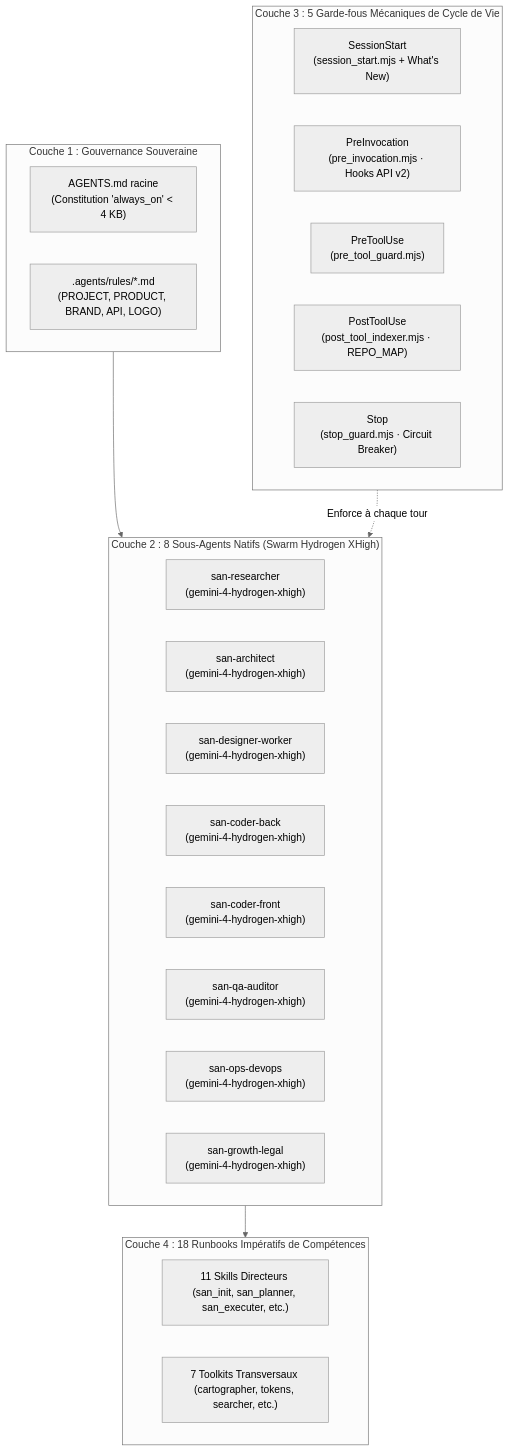
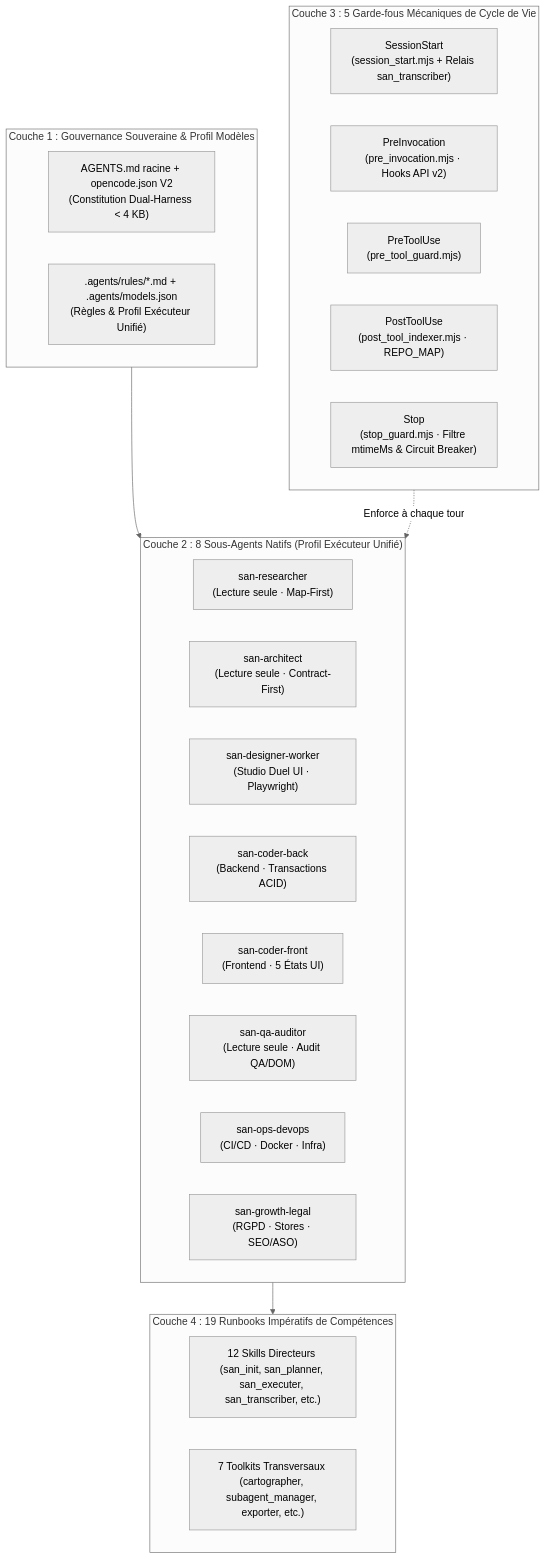
Before and after one commit to alexsan-dev/san_agy_framework: the first of 2 diagrams in README.md, drawn with Mermaid (neutral theme). The commit also changed other lines of this file and 69 other files, not shown here.

Commit message:
release(v2.2.0): dual-harness Antigravity + OpenCode V2, models CLI, san_transcriber & cognitive unshackling

````diff
--- a/README.md
+++ b/README.md
@@ -35,35 +46,35 @@
 ```mermaid
 flowchart TD
-    subgraph L1["Couche 1 : Gouvernance Souveraine"]
-        C1A["AGENTS.md racine<br/>(Constitution 'always_on' < 4 KB)"]
-        C1B[".agents/rules/*.md<br/>(PROJECT, PRODUCT, BRAND, API, LOGO)"]
+    subgraph L1["Couche 1 : Gouvernance Souveraine & Profil Modèles"]
+        C1A["AGENTS.md racine + opencode.json V2<br/>(Constitution Dual-Harness < 4 KB)"]
+        C1B[".agents/rules/*.md + .agents/models.json<br/>(Règles & Profil Exécuteur Unifié)"]
     end
 
-    subgraph L2["Couche 2 : 8 Sous-Agents Natifs (Swarm Hydrogen XHigh)"]
-        C2A["san-researcher<br/>(gemini-4-hydrogen-xhigh)"]
-        C2B["san-architect<br/>(gemini-4-hydrogen-xhigh)"]
-        C2C["san-designer-worker<br/>(gemini-4-hydrogen-xhigh)"]
-        C2D["san-coder-back<br/>(gemini-4-hydrogen-xhigh)"]
-        C2E["san-coder-front<br/>(gemini-4-hydrogen-xhigh)"]
-        C2F["san-qa-auditor<br/>(gemini-4-hydrogen-xhigh)"]
-        C2G["san-ops-devops<br/>(gemini-4-hydrogen-xhigh)"]
-        C2H["san-growth-legal<br/>(gemini-4-hydrogen-xhigh)"]
+    subgraph L2["Couche 2 : 8 Sous-Agents Natifs (Profil Exécuteur Unifié)"]
+        C2A["san-researcher<br/>(Lecture seule · Map-First)"]
+        C2B["san-architect<br/>(Lecture seule · Contract-First)"]
+        C2C["san-designer-worker<br/>(Studio Duel UI · Playwright)"]
+        C2D["san-coder-back<br/>(Backend · Transactions ACID)"]
+        C2E["san-coder-front<br/>(Frontend · 5 États UI)"]
+        C2F["san-qa-auditor<br/>(Lecture seule · Audit QA/DOM)"]
+        C2G["san-ops-devops<br/>(CI/CD · Docker · Infra)"]
+        C2H["san-growth-legal<br/>(RGPD · Stores · SEO/ASO)"]
     end
 
     subgraph L3["Couche 3 : 5 Garde-fous Mécaniques de Cycle de Vie"]
-        C3A["SessionStart<br/>(session_start.mjs + What's New)"]
+        C3A["SessionStart<br/>(session_start.mjs + Relais san_transcriber)"]
         C3B["PreInvocation<br/>(pre_invocation.mjs · Hooks API v2)"]
         C3C["PreToolUse<br/>(pre_tool_guard.mjs)"]
         C3D["PostToolUse<br/>(post_tool_indexer.mjs · REPO_MAP)"]
-        C3E["Stop<br/>(stop_guard.mjs · Circuit Breaker)"]
+        C3E["Stop<br/>(stop_guard.mjs · Filtre mtimeMs & Circuit Breaker)"]
     end
 
-    subgraph L4["Couche 4 : 18 Runbooks Impératifs de Compétences"]
-        C4A["11 Skills Directeurs (san_init, san_planner, san_executer, etc.)"]
-        C4B["7 Toolkits Transversaux (cartographer, tokens, searcher, etc.)"]
+    subgraph L4["Couche 4 : 19 Runbooks Impératifs de Compétences"]
+        C4A["12 Skills Directeurs (san_init, san_planner, san_executer, san_transcriber, etc.)"]
+        C4B["7 Toolkits Transversaux (cartographer, subagent_manager, exporter, etc.)"]
     end
 
     L1 --> L2
     L3 -.->|Enforce à chaque tour| L2
     L2 --> L4
 ```
````
